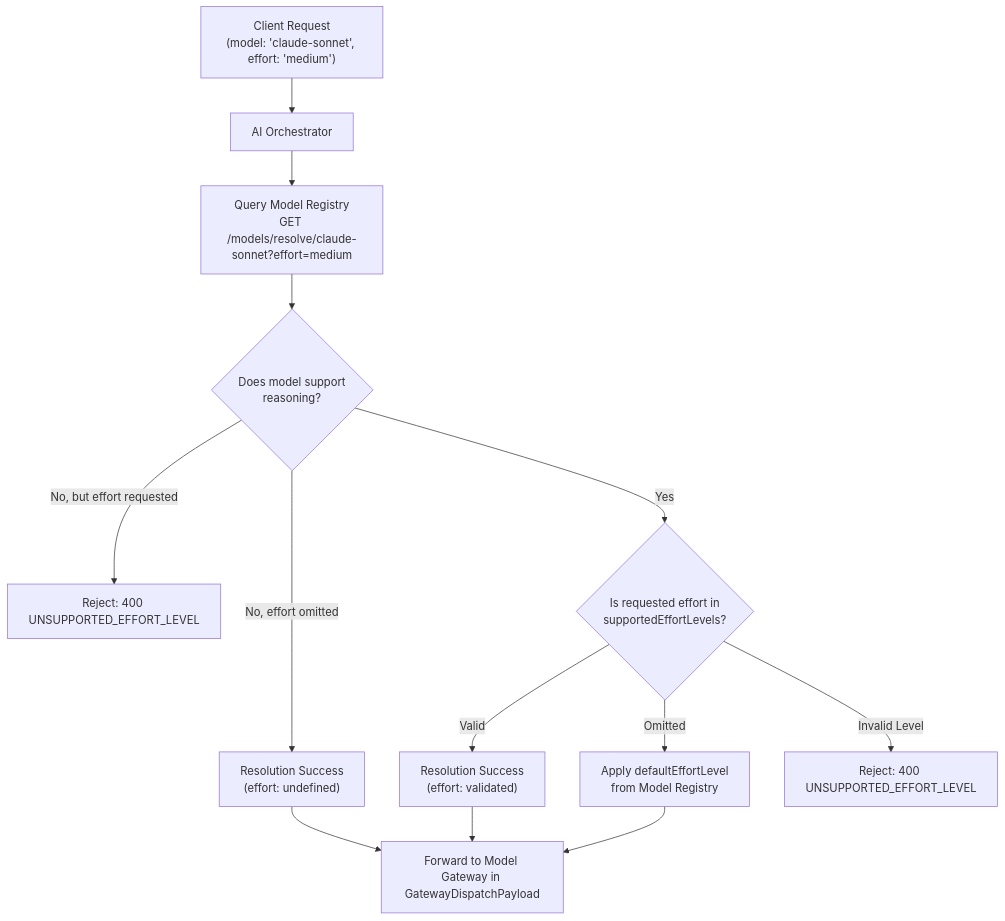
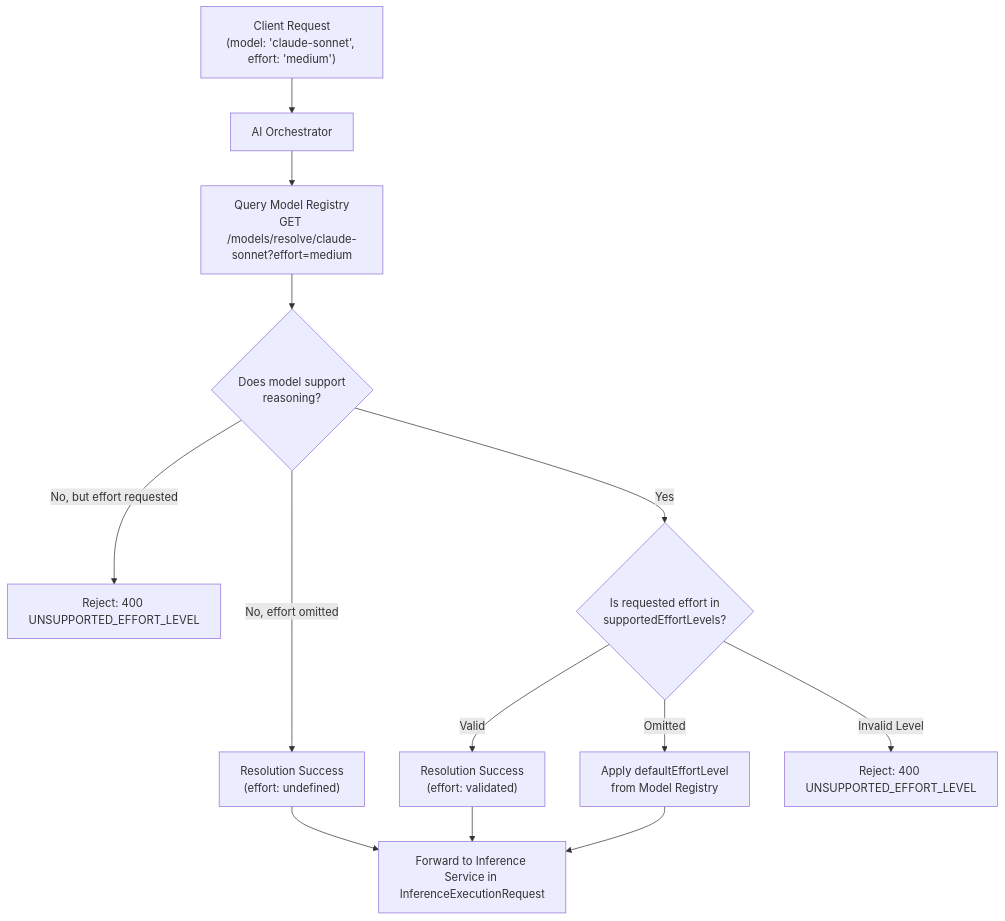
The second of 3 diagrams in docs/contracts/ai-orchestrator.md (oicunt-ai/ai-platform), drawn with Mermaid before and after one commit. The commit also changed other lines of this file and 18 other files, not shown here.

Commit message:
feat: route orchestrator execution through inference

````diff
--- a/docs/contracts/ai-orchestrator.md
+++ b/docs/contracts/ai-orchestrator.md
@@ -402,15 +413,15 @@
 ```mermaid
 flowchart TD
     ClientReq["Client Request<br/>(model: 'claude-sonnet', effort: 'medium')"] --> Orch[AI Orchestrator]
     Orch --> Resolve["Query Model Registry<br/>GET /models/resolve/claude-sonnet?effort=medium"]
     Resolve --> Check{"Does model support<br/>reasoning?"}
     Check -- No, but effort requested --> ErrEffort["Reject: 400 UNSUPPORTED_EFFORT_LEVEL"]
     Check -- No, effort omitted --> PassNoEffort["Resolution Success<br/>(effort: undefined)"]
     Check -- Yes --> ValidateEffort{"Is requested effort in<br/>supportedEffortLevels?"}
     ValidateEffort -- Valid --> PassEffort["Resolution Success<br/>(effort: validated)"]
     ValidateEffort -- Omitted --> ApplyDefault["Apply defaultEffortLevel<br/>from Model Registry"]
     ValidateEffort -- Invalid Level --> ErrInvalid["Reject: 400 UNSUPPORTED_EFFORT_LEVEL"]
-    PassEffort --> Dispatch[Forward to Model Gateway in GatewayDispatchPayload]
+    PassEffort --> Dispatch[Forward to Inference Service in InferenceExecutionRequest]
     ApplyDefault --> Dispatch
     PassNoEffort --> Dispatch
 ```
````
